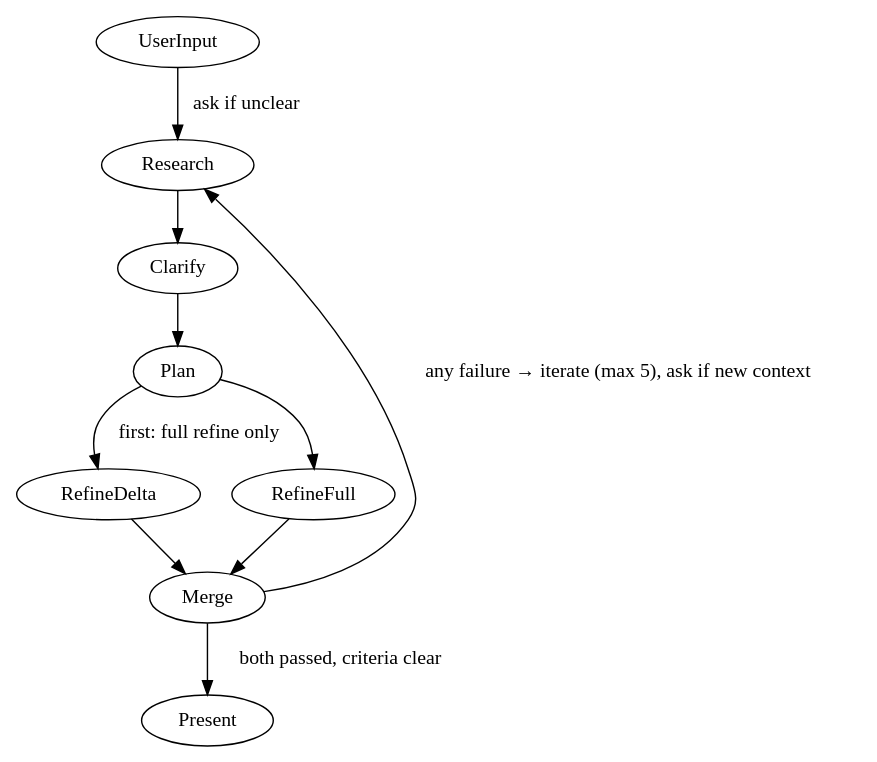
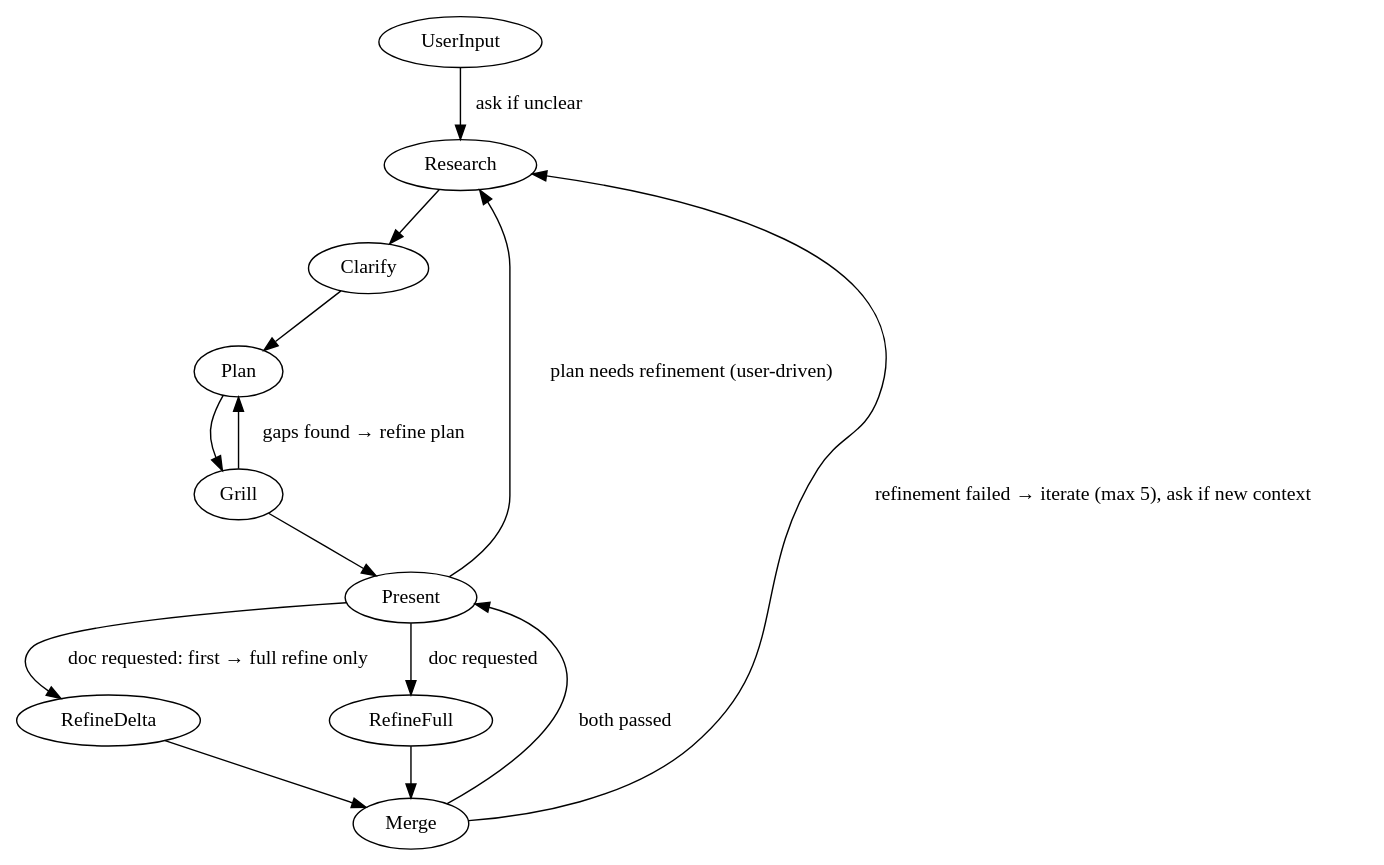
One commit to jiyeol-lee/dotfiles changed the diagram in .opencode/prompts/agent/primary/plan.md. Above: the diagram before and after it, drawn with Graphviz. The commit also changed other lines of this file, not shown here.

Commit message:
chore(opencode): refine plan primary agent

````diff
--- a/.opencode/prompts/agent/primary/plan.md
+++ b/.opencode/prompts/agent/primary/plan.md
@@ -14,18 +16,22 @@
 ```dot
 digraph PlanFlow {
     rankdir=TB;
     node [shape=ellipse];
 
-    UserInput; Research; Clarify; Plan; RefineDelta; RefineFull; Merge; Present;
+    UserInput; Research; Clarify; Plan; Grill; Present; RefineDelta; RefineFull; Merge;
 
     UserInput   -> Research    [label="ask if unclear"];
     Research    -> Clarify;
     Clarify     -> Plan;
-    Plan        -> RefineDelta [label="first: full refine only"];
-    Plan        -> RefineFull;
+    Plan        -> Grill;
+    Grill       -> Plan        [label="gaps found → refine plan"];
+    Grill       -> Present;
+    Present     -> Research    [label="plan needs refinement (user-driven)"];
+    Present     -> RefineDelta [label="doc requested: first → full refine only"];
+    Present     -> RefineFull  [label="doc requested"];
     RefineDelta -> Merge;
     RefineFull  -> Merge;
-    Merge       -> Research    [label="any failure → iterate (max 5), ask if new context", constraint=false];
-    Merge       -> Present     [label="both passed, criteria clear"];
+    Merge       -> Research    [label="refinement failed → iterate (max 5), ask if new context", constraint=false];
+    Merge       -> Present     [label="both passed"];
 }
 ```
````
